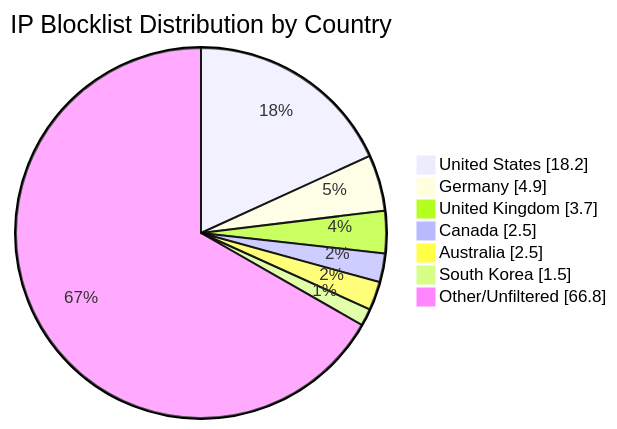
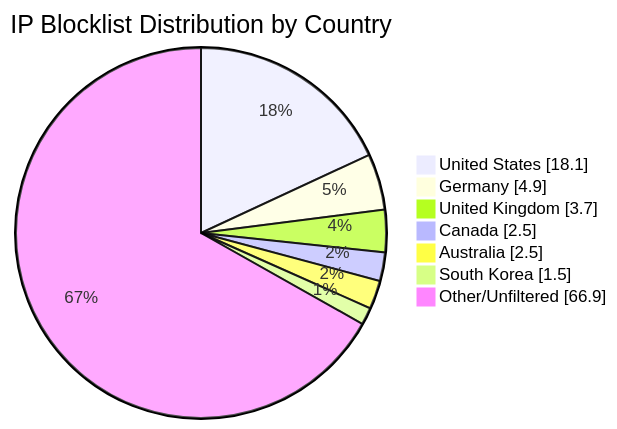
One commit to MarcusHoltz/ipblocklist-geofiltered-aggregator changed the diagram in README.md. Above: the diagram before and after it, drawn with Mermaid. The commit also changed other lines of this file and 9 other files, not shown here.

````diff
--- a/README.md
+++ b/README.md
@@ -34,10 +34,10 @@
 ```mermaid
 pie showData title IP Blocklist Distribution by Country
-"United States" : 18.2
+"United States" : 18.1
 "Germany" : 4.9
 "United Kingdom" : 3.7
 "Canada" : 2.5
 "Australia" : 2.5
 "South Korea" : 1.5
-"Other/Unfiltered" : 66.8
+"Other/Unfiltered" : 66.9
 ```
````
